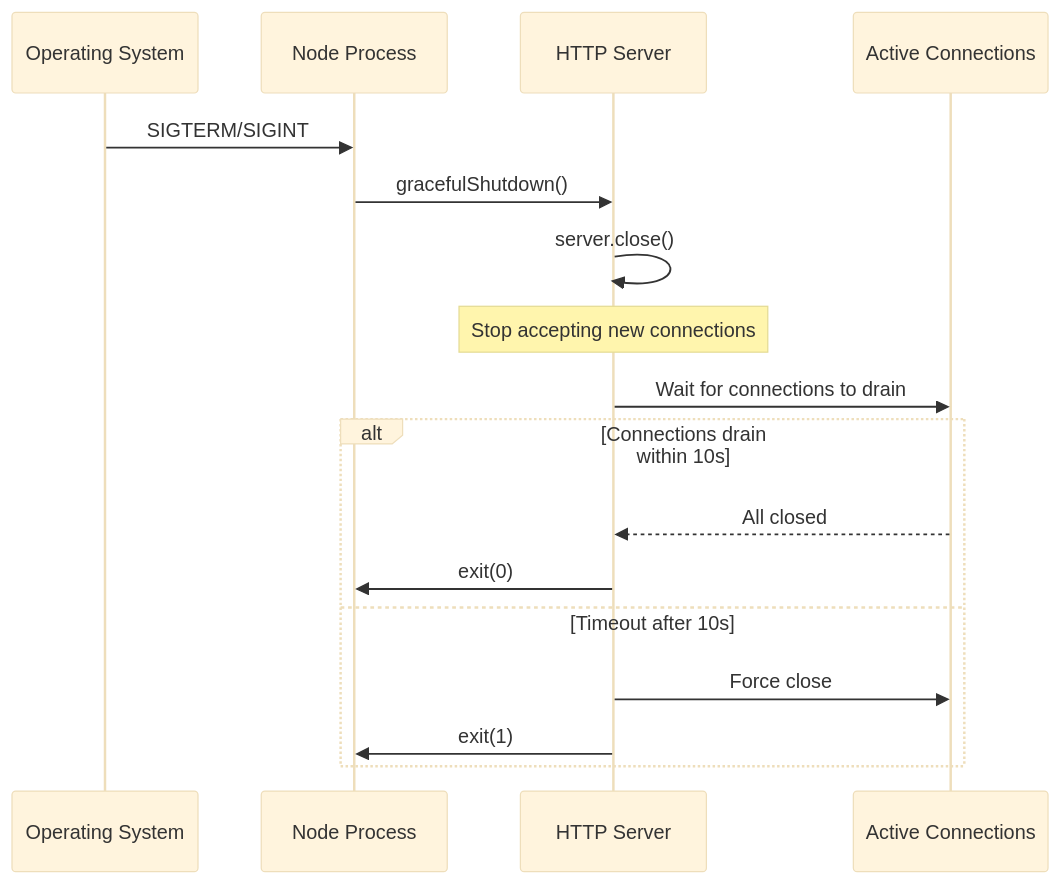
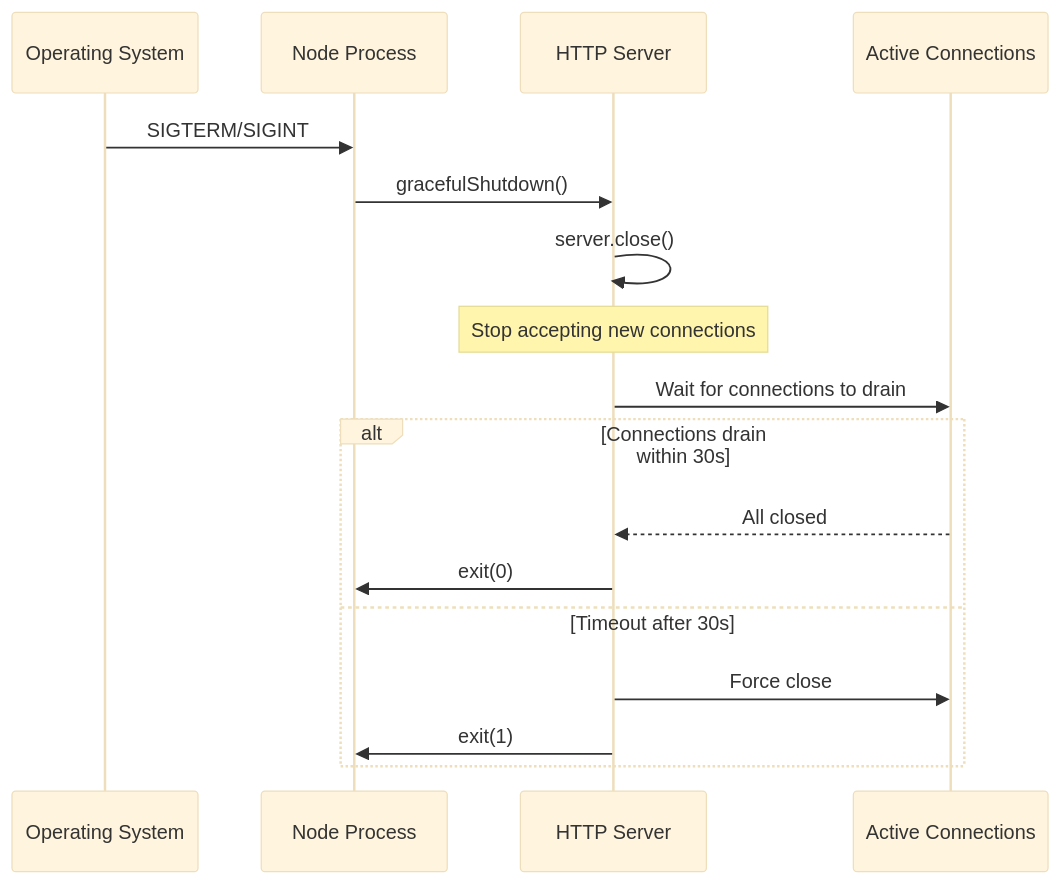
Before and after one commit to Sandeep02Kumar02/existing-projects-qa-test: the fifth of 6 diagrams in existing-projects-qa-test/README.md, drawn with Mermaid (base theme). The commit also changed other lines of this file, not shown here.

First line of the commit message:
Update README.md for Express.js architecture migration

````diff
--- a/existing-projects-qa-test/README.md
+++ b/existing-projects-qa-test/README.md
@@ -457,21 +848,21 @@
 ```mermaid
 sequenceDiagram
     participant OS as Operating System
     participant Process as Node Process
     participant Server as HTTP Server
     participant Conn as Active Connections
     
     OS->>Process: SIGTERM/SIGINT
     Process->>Server: gracefulShutdown()
     Server->>Server: server.close()
     Note over Server: Stop accepting new connections
     Server->>Conn: Wait for connections to drain
     
-    alt Connections drain within 10s
+    alt Connections drain within 30s
         Conn-->>Server: All closed
         Server->>Process: exit(0)
-    else Timeout after 10s
+    else Timeout after 30s
         Server->>Conn: Force close
         Server->>Process: exit(1)
     end
 ```
````
